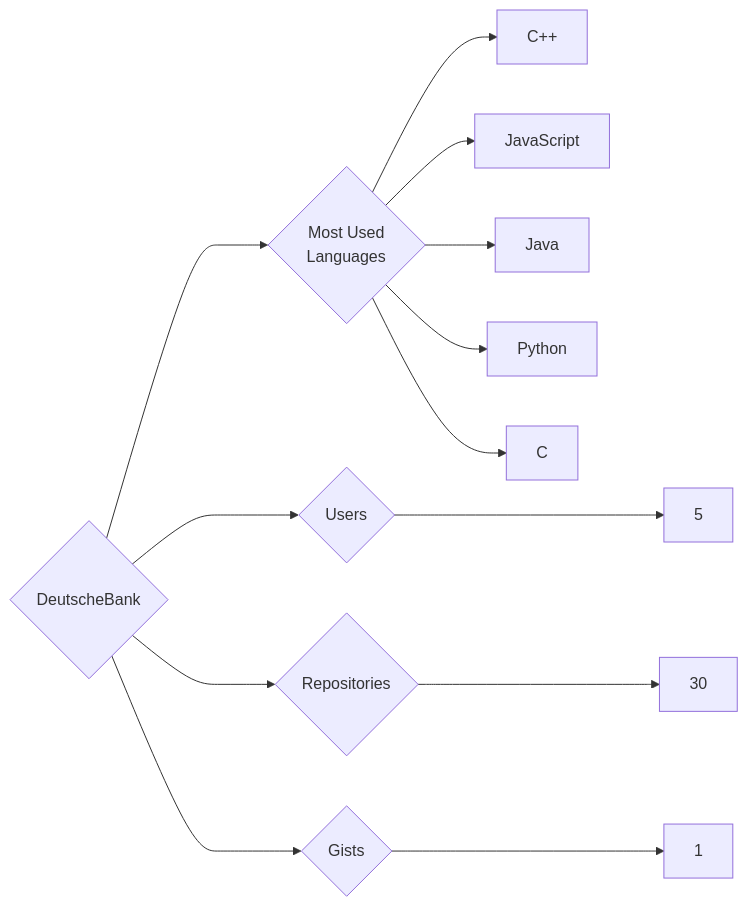
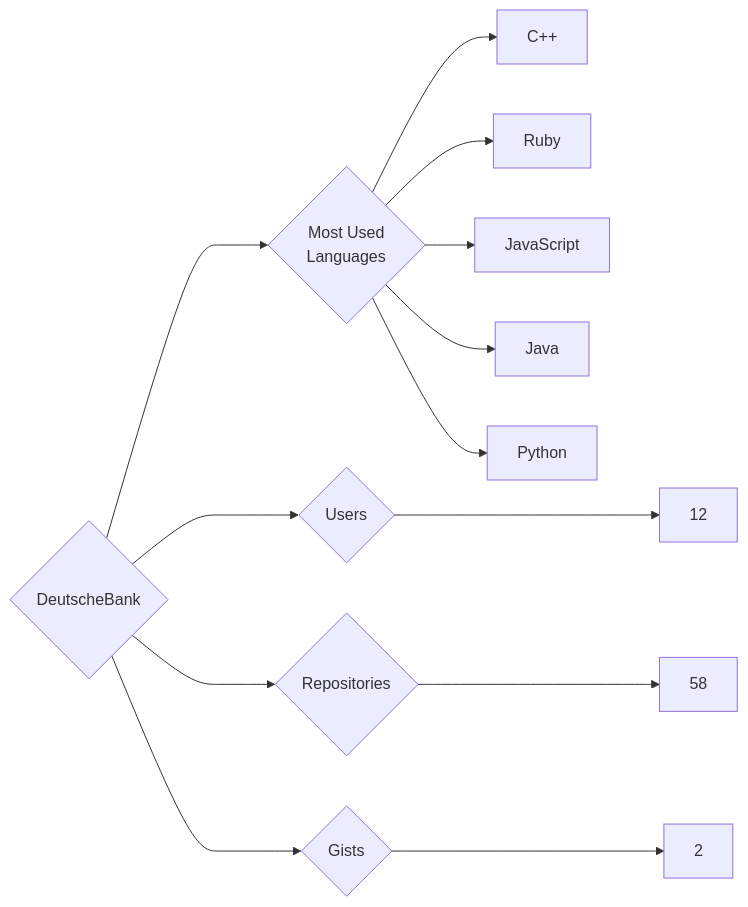
The diagram in targets/DeutscheBank/README.md (trickest/insiders), drawn with Mermaid before and after one commit. The commit also changed 1120 other files, not shown here.

````diff
--- a/targets/DeutscheBank/README.md
+++ b/targets/DeutscheBank/README.md
@@ -3,13 +3,13 @@
 ```mermaid
 graph LR
 COMPANY_NAME{DeutscheBank}
-COMPANY_NAME ---> U{Users} ---> UN[5]
-COMPANY_NAME ---> R{Repositories} ---> RN[30]
-COMPANY_NAME ---> G{Gists} ---> GN[1]
+COMPANY_NAME ---> U{Users} ---> UN[12]
+COMPANY_NAME ---> R{Repositories} ---> RN[58]
+COMPANY_NAME ---> G{Gists} ---> GN[2]
 COMPANY_NAME ---> ML{Most Used<br>Languages}
 ML --> C++[C++]
+ML --> Ruby[Ruby]
 ML --> JavaScript[JavaScript]
 ML --> Java[Java]
 ML --> Python[Python]
-ML --> C[C]
 ```
````
